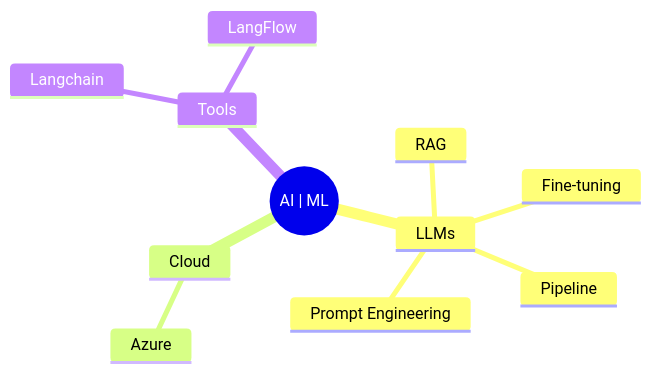
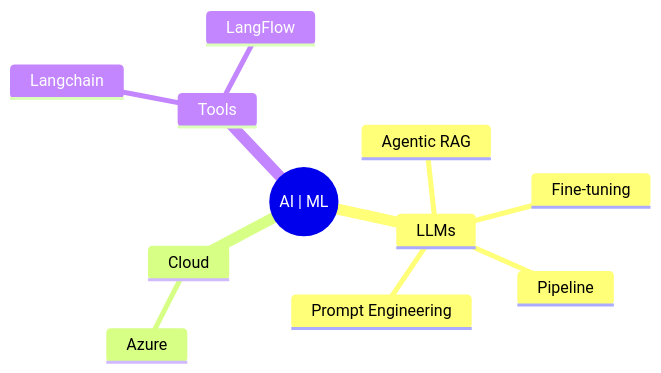
One commit to Nishchaypat/nishchaypat changed the first of 2 diagrams in README.md. Above: the diagram before and after it, drawn with Mermaid. The commit also changed other lines of this file, not shown here.

````diff
--- a/README.md
+++ b/README.md
@@ -84,14 +84,14 @@
 ```mermaid
 mindmap
   root((AI | ML))
     LLMs
-      RAG
+      Agentic RAG
       Fine-tuning
       Pipeline
       Prompt Engineering
     Cloud
       Azure
     Tools
       Langchain
       LangFlow
 ```
````
